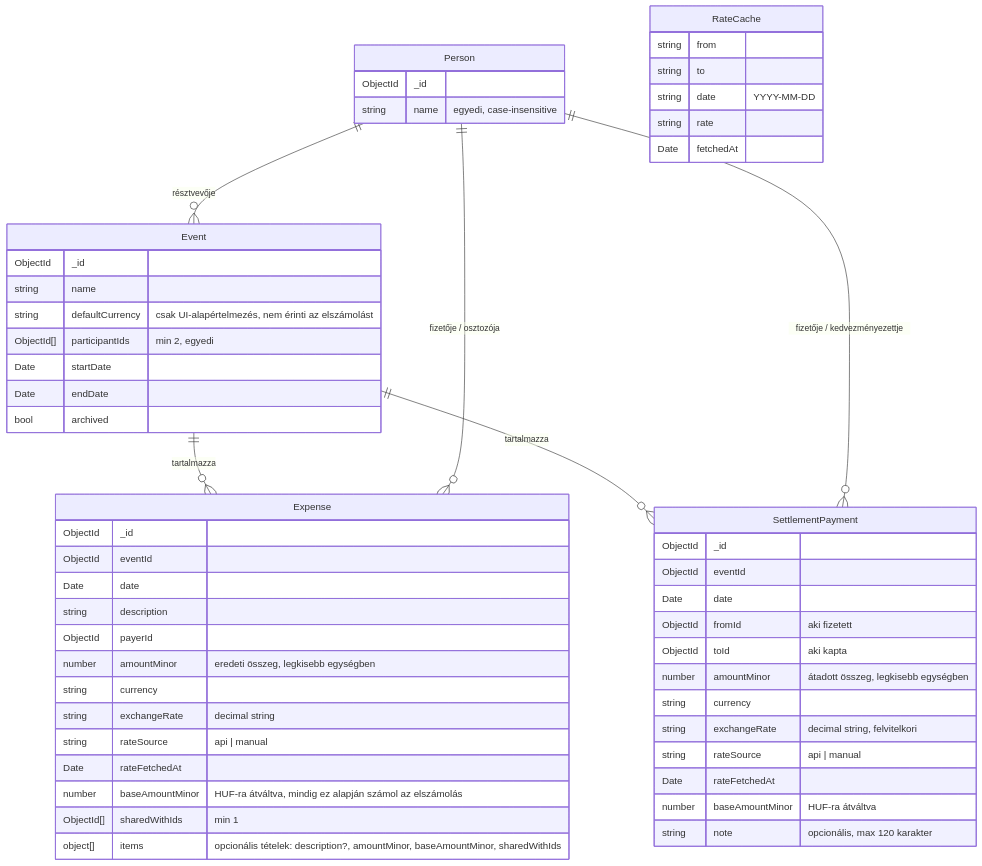
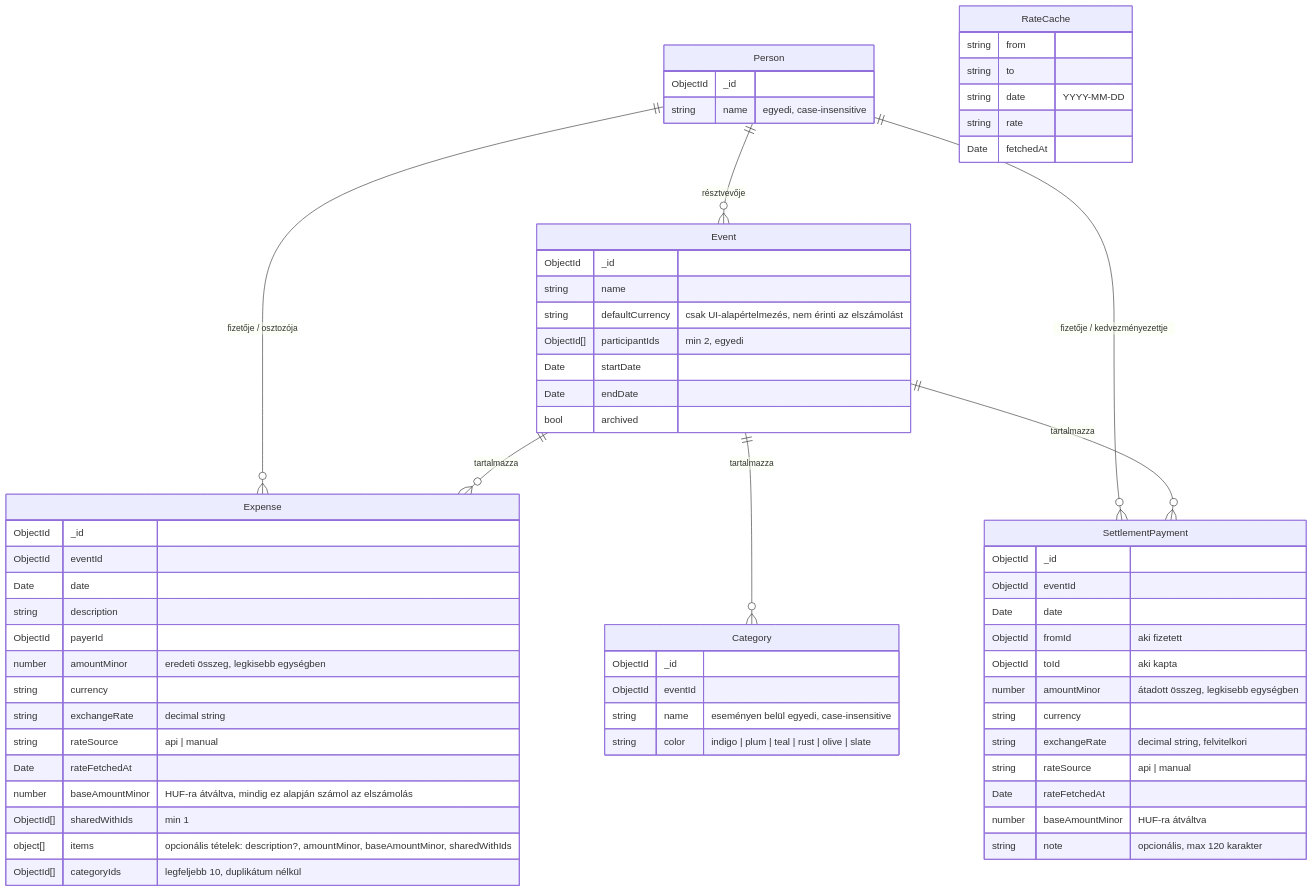
Before and after one commit to SunyiUborka/penny: the second of 4 diagrams in docs/ARCHITECTURE.md, drawn with Mermaid. The commit also changed other lines of this file, not shown here.

Commit message:
docs: architektúra-leírás pontosítása kategóriákkal és stream-üzenetekkel

````diff
--- a/docs/ARCHITECTURE.md
+++ b/docs/ARCHITECTURE.md
@@ -94,57 +94,65 @@
 ```mermaid
 erDiagram
     Person {
         ObjectId _id
         string name "egyedi, case-insensitive"
     }
     Event {
         ObjectId _id
         string name
         string defaultCurrency "csak UI-alapértelmezés, nem érinti az elszámolást"
         ObjectId[] participantIds "min 2, egyedi"
         Date startDate
         Date endDate
         bool archived
     }
     Expense {
         ObjectId _id
         ObjectId eventId
         Date date
         string description
         ObjectId payerId
         number amountMinor "eredeti összeg, legkisebb egységben"
         string currency
         string exchangeRate "decimal string"
         string rateSource "api | manual"
         Date rateFetchedAt
         number baseAmountMinor "HUF-ra átváltva, mindig ez alapján számol az elszámolás"
         ObjectId[] sharedWithIds "min 1"
         object[] items "opcionális tételek: description?, amountMinor, baseAmountMinor, sharedWithIds"
+        ObjectId[] categoryIds "legfeljebb 10, duplikátum nélkül"
+    }
+    Category {
+        ObjectId _id
+        ObjectId eventId
+        string name "eseményen belül egyedi, case-insensitive"
+        string color "indigo | plum | teal | rust | olive | slate"
     }
     SettlementPayment {
         ObjectId _id
         ObjectId eventId
         Date date
         ObjectId fromId "aki fizetett"
         ObjectId toId "aki kapta"
         number amountMinor "átadott összeg, legkisebb egységben"
         string currency
         string exchangeRate "decimal string, felvitelkori"
         string rateSource "api | manual"
         Date rateFetchedAt
         number baseAmountMinor "HUF-ra átváltva"
         string note "opcionális, max 120 karakter"
     }
     RateCache {
         string from
         string to
         string date "YYYY-MM-DD"
         string rate
         Date fetchedAt
     }
     Event ||--o{ Expense : "tartalmazza"
     Event ||--o{ SettlementPayment : "tartalmazza"
+    Event ||--o{ Category : "tartalmazza"
     Person ||--o{ Event : "résztvevője"
     Person ||--o{ Expense : "fizetője / osztozója"
     Person ||--o{ SettlementPayment : "fizetője / kedvezményezettje"
 ```
````
